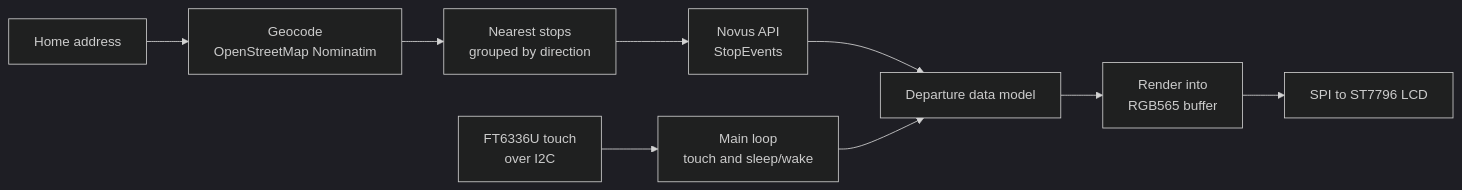
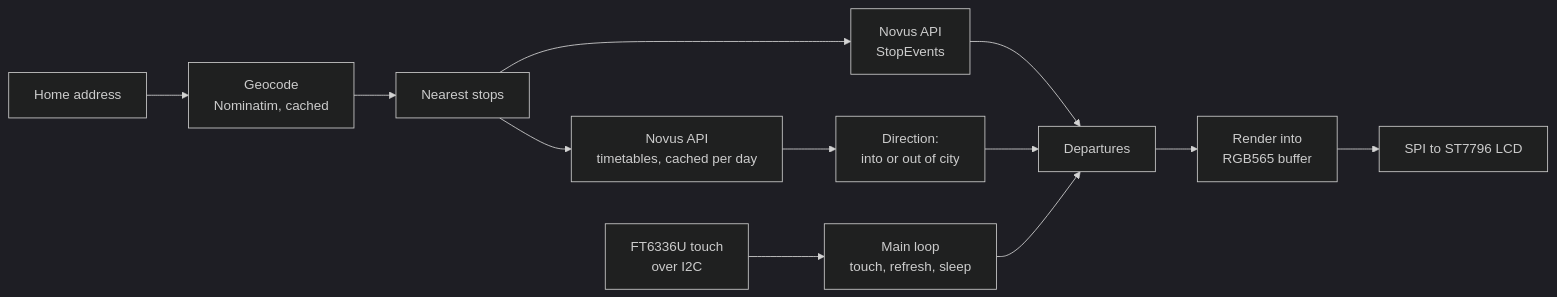
Before and after one commit to Hamish-MarshallDawson/Lothian-Api-Bus-Display: the diagram in README.md, drawn with Mermaid (dark theme). The commit also changed other lines of this file and 4 other files, not shown here.

````diff
--- a/README.md
+++ b/README.md
@@ -22,11 +30,14 @@
 ```mermaid
 flowchart LR
-    A[Home address] --> B[Geocode<br/>OpenStreetMap Nominatim]
-    B --> C[Nearest stops<br/>grouped by direction]
+    A[Home address] --> B[Geocode<br/>Nominatim, cached]
+    B --> C[Nearest stops]
     C --> D[Novus API<br/>StopEvents]
-    D --> E[Departure data model]
+    C --> T[Novus API<br/>timetables, cached per day]
+    T --> X[Direction:<br/>into or out of city]
+    D --> E[Departures]
+    X --> E
     E --> F[Render into<br/>RGB565 buffer]
     F --> G[SPI to ST7796 LCD]
-    H[FT6336U touch<br/>over I2C] --> I[Main loop<br/>touch and sleep/wake]
+    H[FT6336U touch<br/>over I2C] --> I[Main loop<br/>touch, refresh, sleep]
     I --> E
 ```
````
